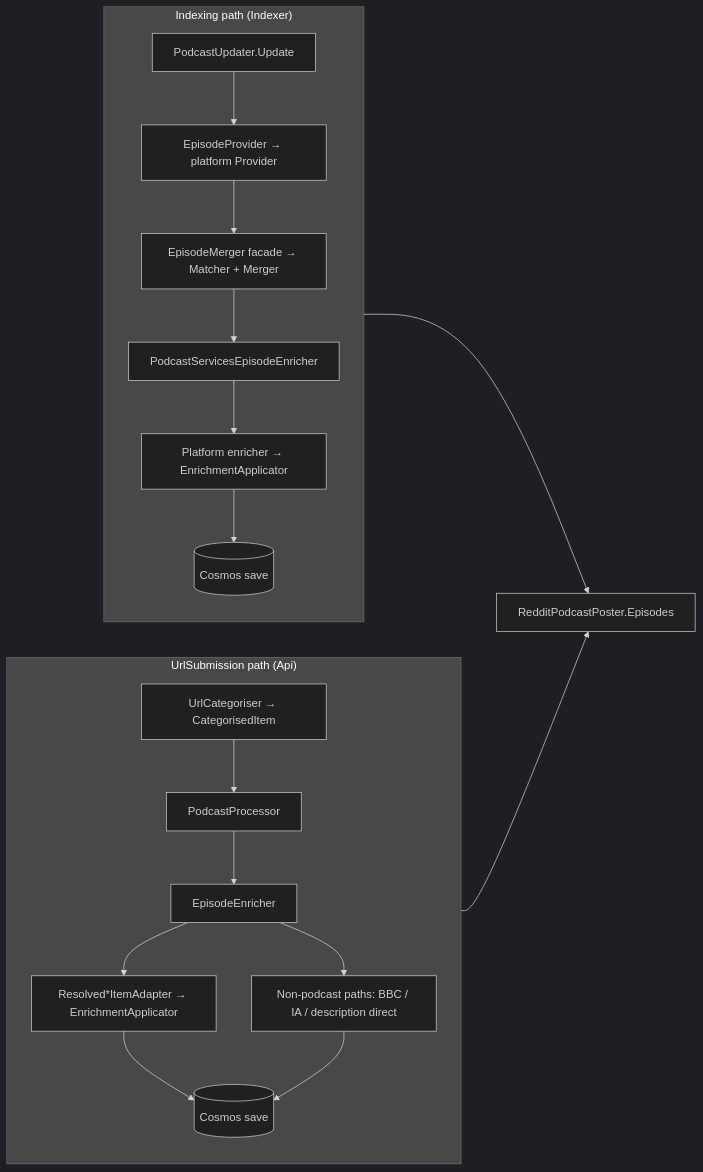
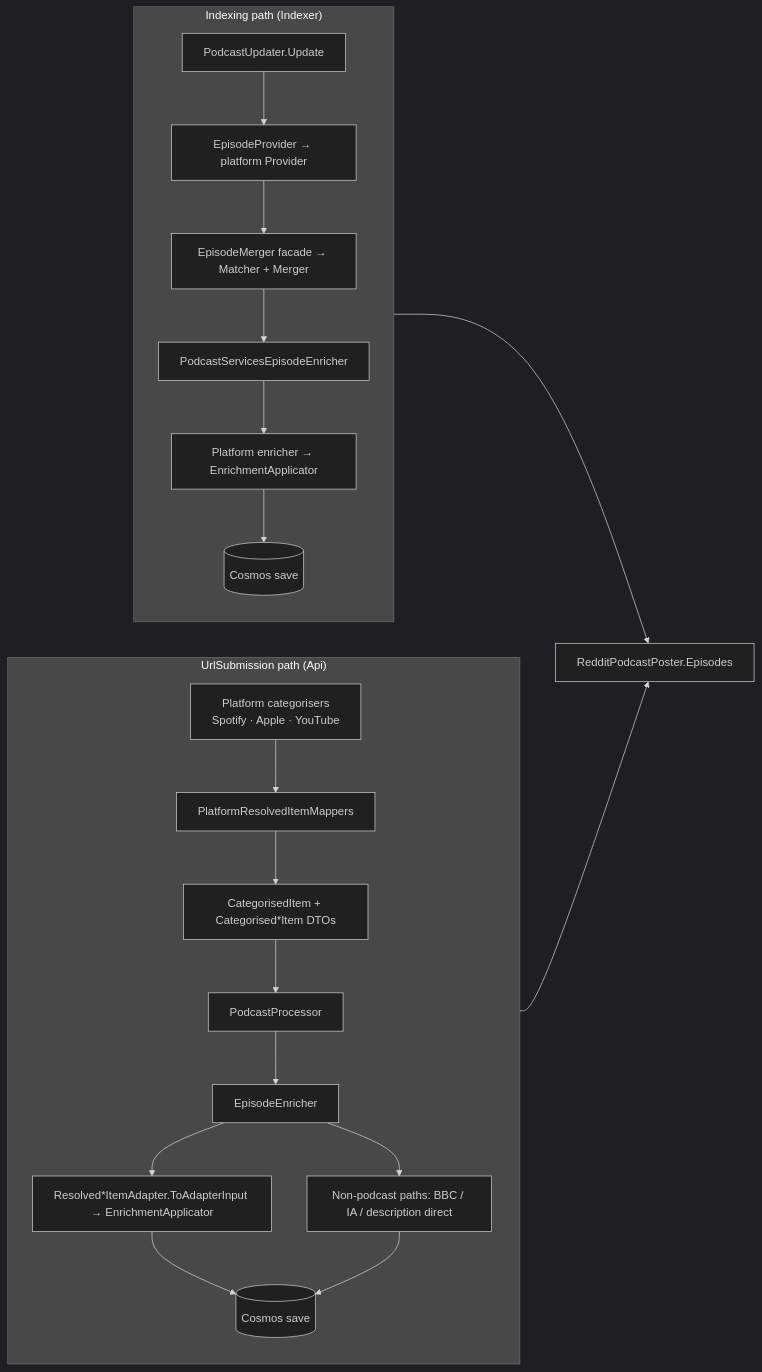
The third of 4 diagrams in Class-Libraries/RedditPodcastPoster.Episodes/architecture.md (cultpodcasts/RedditPodcastPoster), drawn with Mermaid (dark theme) before and after one commit. The commit also changed other lines of this file, not shown here.

First line of the commit message:
Refresh Episodes architecture.md for F17 and DI accuracy.

````diff
--- a/Class-Libraries/RedditPodcastPoster.Episodes/architecture.md
+++ b/Class-Libraries/RedditPodcastPoster.Episodes/architecture.md
@@ -280,29 +301,31 @@
 ```mermaid
 flowchart LR
     subgraph Indexing["Indexing path (Indexer)"]
         direction TB
         I1[PodcastUpdater.Update]
         I2[EpisodeProvider → platform Provider]
         I3[EpisodeMerger facade → Matcher + Merger]
         I4[PodcastServicesEpisodeEnricher]
         I5[Platform enricher → EnrichmentApplicator]
         I6[(Cosmos save)]
         I1 --> I2 --> I3 --> I4 --> I5 --> I6
     end
 
     subgraph Submit["UrlSubmission path (Api)"]
         direction TB
-        S1[UrlCategoriser → CategorisedItem]
+        S0[Platform categorisers<br/>Spotify · Apple · YouTube]
+        S1[PlatformResolvedItemMappers]
+        S1b[CategorisedItem + Categorised*Item DTOs]
         S2[PodcastProcessor]
         S3[EpisodeEnricher]
-        S4[Resolved*ItemAdapter → EnrichmentApplicator]
+        S4[Resolved*ItemAdapter.ToAdapterInput → EnrichmentApplicator]
         S5[Non-podcast paths: BBC / IA / description direct]
         S6[(Cosmos save)]
-        S1 --> S2 --> S3 --> S4 --> S6
+        S0 --> S1 --> S1b --> S2 --> S3 --> S4 --> S6
         S3 --> S5 --> S6
     end
 
     Domain2[RedditPodcastPoster.Episodes]
     Indexing --> Domain2
     Submit --> Domain2
 ```
````
